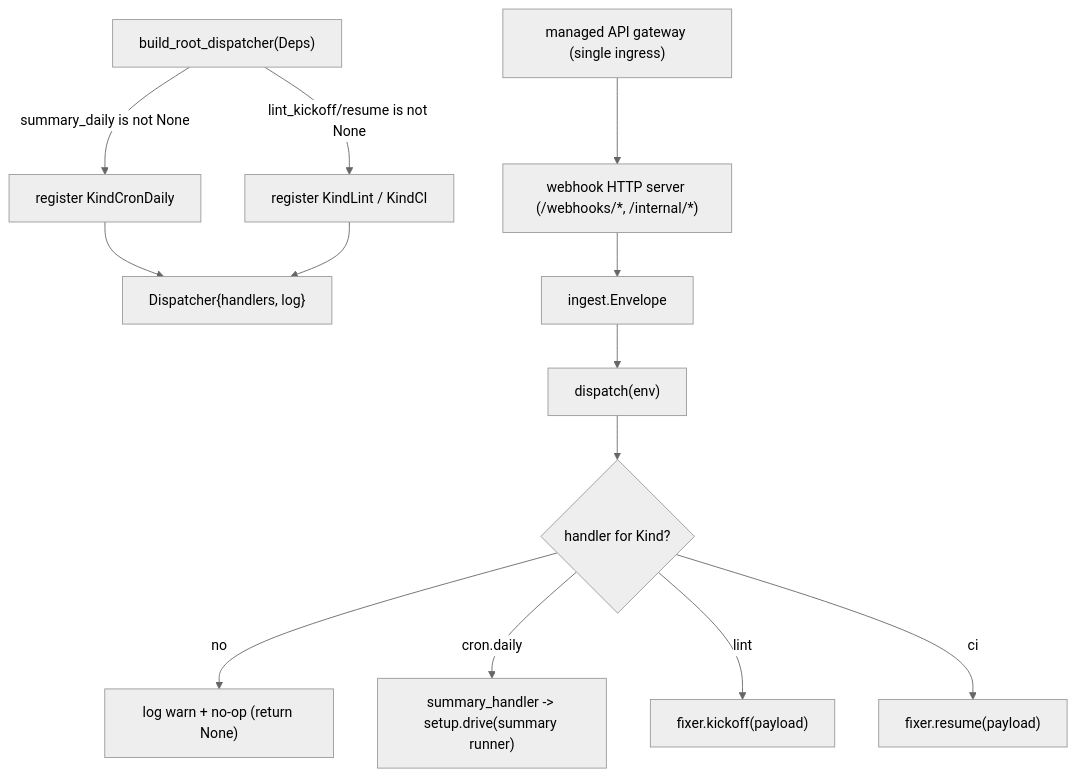
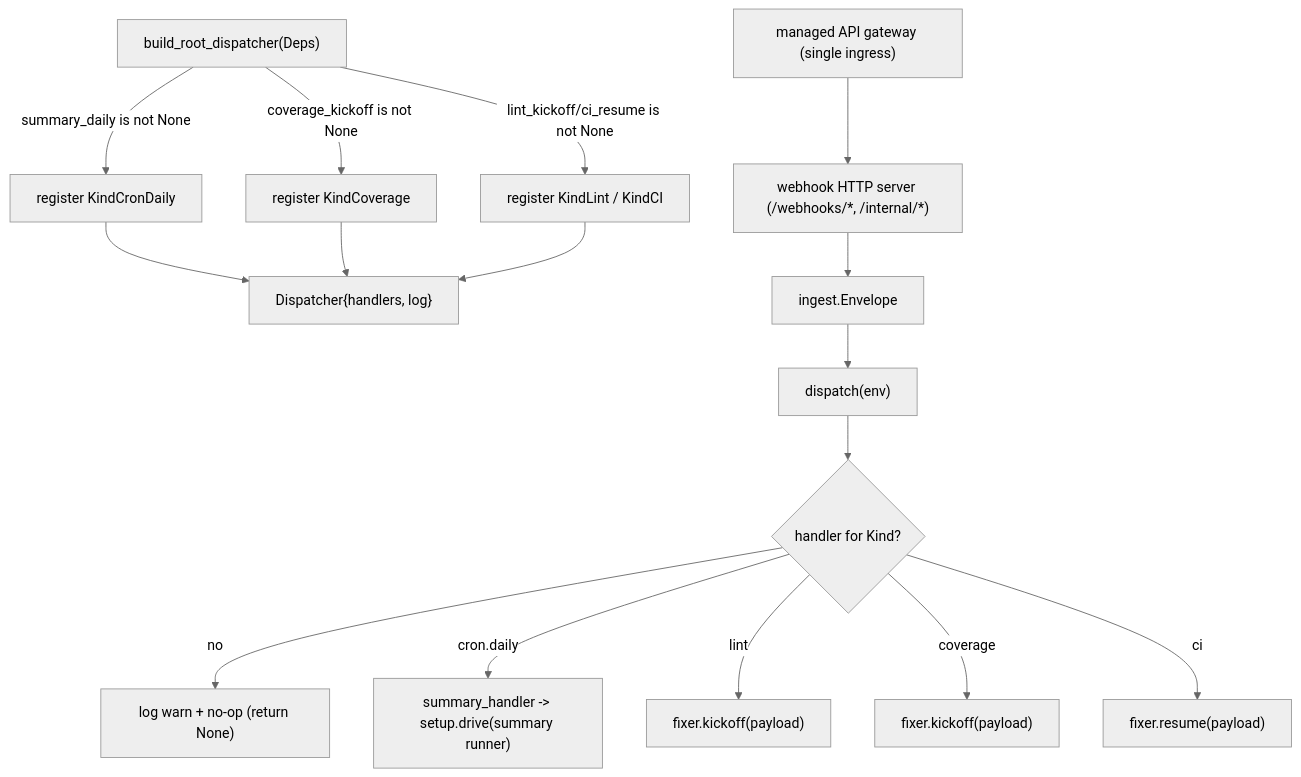
Before and after one commit to jkjamies/automation-agent: the diagram in python/automation_agent/agent/root/AGENTS.md, drawn with Mermaid (neutral theme). The commit also changed other lines of this file and 8 other files, not shown here.

First line of the commit message:
Address CodeRabbit review on PR #7: coverage docs, unreachable-digest warning, cmd lint

````diff
--- a/python/automation_agent/agent/root/AGENTS.md
+++ b/python/automation_agent/agent/root/AGENTS.md
@@ -7,15 +7,18 @@
 ```mermaid
 flowchart TD
     Build["build_root_dispatcher(Deps)"] -->|"summary_daily is not None"| RegC["register KindCronDaily"]
-    Build -->|"lint_kickoff/resume is not None"| RegL["register KindLint / KindCI"]
+    Build -->|"coverage_kickoff is not None"| RegCov["register KindCoverage"]
+    Build -->|"lint_kickoff/ci_resume is not None"| RegL["register KindLint / KindCI"]
     RegC --> D["Dispatcher{handlers, log}"]
+    RegCov --> D
     RegL --> D
     GW["managed API gateway (single ingress)"] --> Ing["webhook HTTP server (/webhooks/*, /internal/*)"]
     Ing --> Env["ingest.Envelope"]
     Env --> Disp["dispatch(env)"]
     Disp --> M{"handler for Kind?"}
     M -->|no| Warn["log warn + no-op (return None)"]
     M -->|"cron.daily"| Sum["summary_handler -> setup.drive(summary runner)"]
     M -->|lint| LK["fixer.kickoff(payload)"]
+    M -->|coverage| CK["fixer.kickoff(payload)"]
     M -->|ci| LR["fixer.resume(payload)"]
 ```
````
